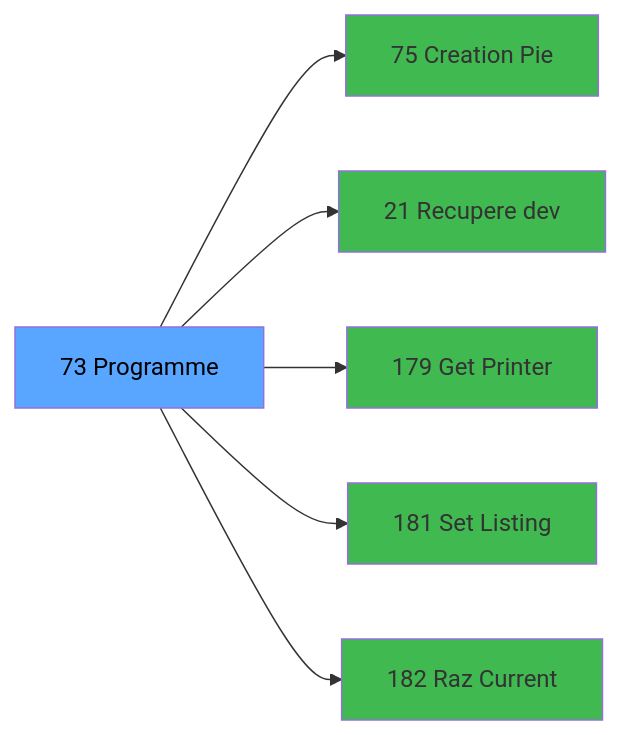
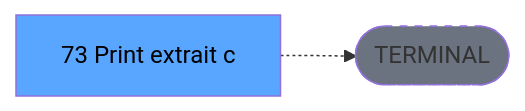
Before and after one commit to thonyAGP/lecteur-magic: the third of 3 diagrams in .openspec/specs/ADH-IDE-73.md, drawn with Mermaid. The commit also changed other lines of this file and 701 other files, not shown here.

````diff
--- a/.openspec/specs/ADH-IDE-73.md
+++ b/.openspec/specs/ADH-IDE-73.md
@@ -146,20 +139,8 @@
 ```mermaid
 graph LR
-    T[73 Programme]
-    C75[75 Creation Pie]
-    T --> C75
-    C21[21 Recupere dev]
-    T --> C21
-    C179[179 Get Printer]
-    T --> C179
-    C181[181 Set Listing ]
-    T --> C181
-    C182[182 Raz Current ]
-    T --> C182
+    T[73 Print extrait c]
+    TERM([TERMINAL])
+    T -.-> TERM
+    style TERM fill:#6b7280,stroke-dasharray: 5 5
     style T fill:#58a6ff,color:#000
-    style C75 fill:#3fb950
-    style C21 fill:#3fb950
-    style C179 fill:#3fb950
-    style C181 fill:#3fb950
-    style C182 fill:#3fb950
 ```
````
